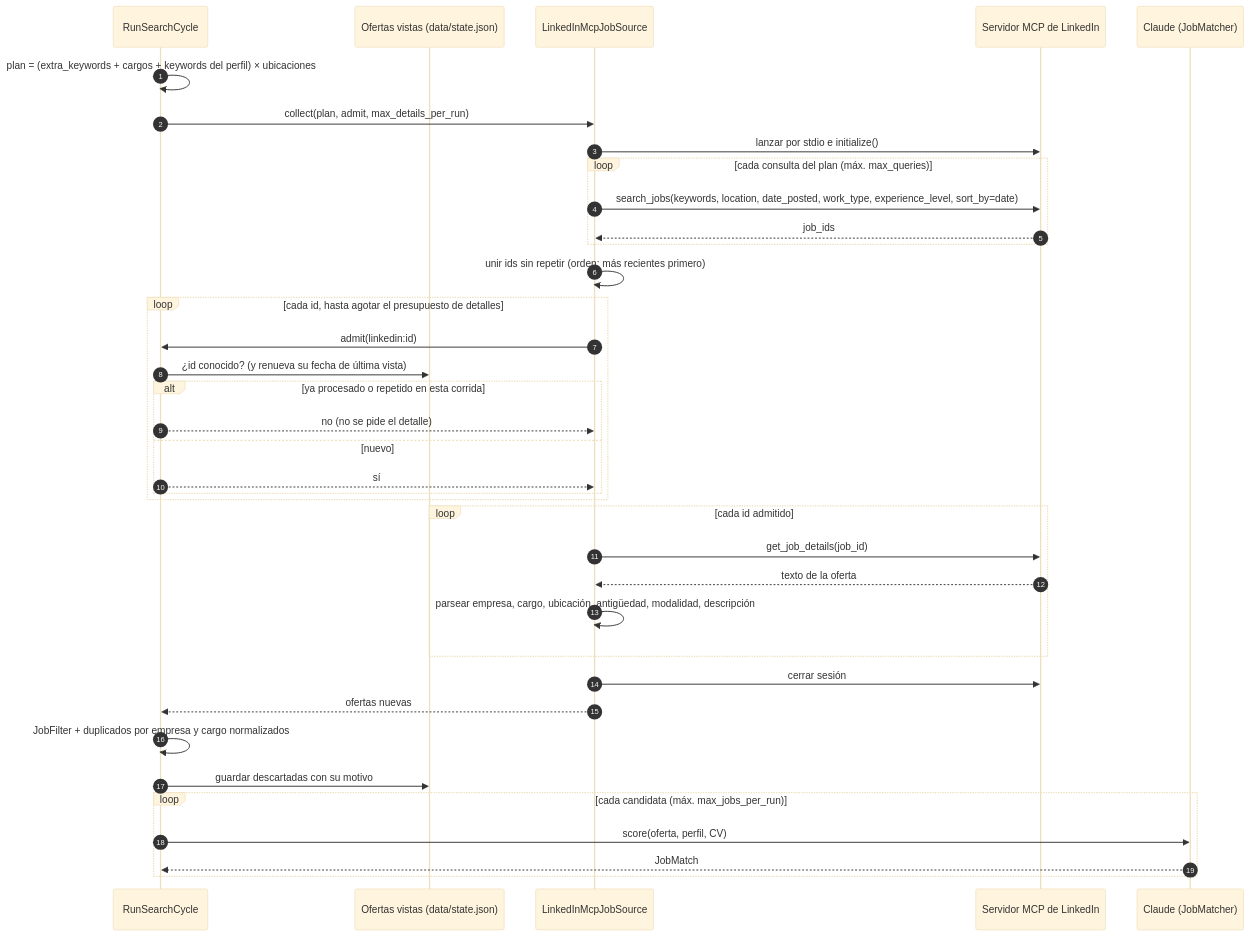
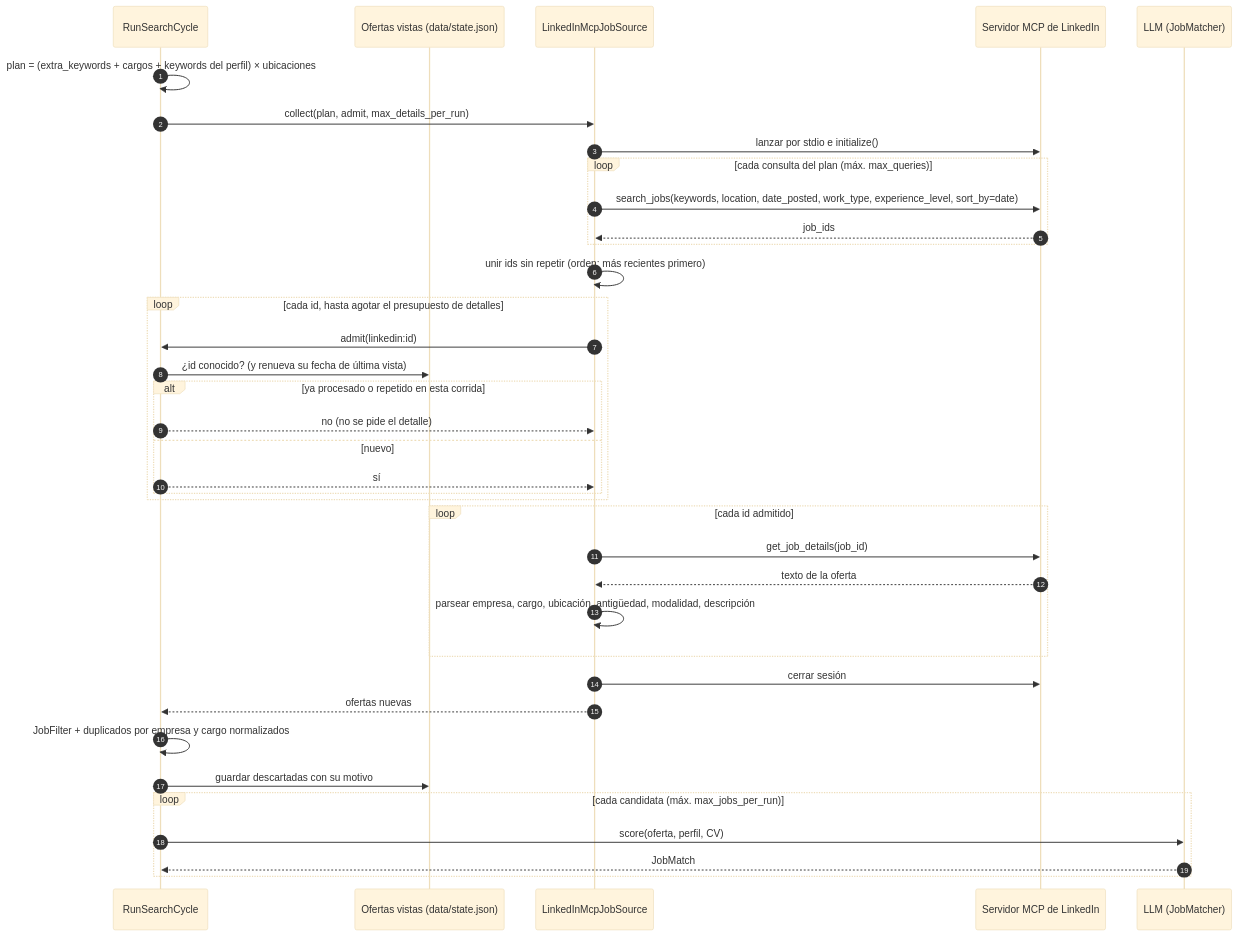
Before and after one commit to HugoTalledos/job-search: the third of 3 diagrams in docs/arquitectura.md, drawn with Mermaid (base theme). The commit also changed other lines of this file and 26 other files, not shown here.

````diff
--- a/docs/arquitectura.md
+++ b/docs/arquitectura.md
@@ -213,40 +216,40 @@
 ```mermaid
 sequenceDiagram
     autonumber
     participant RSC as RunSearchCycle
     participant Seen as Ofertas vistas (data/state.json)
     participant LI as LinkedInMcpJobSource
     participant MCP as Servidor MCP de LinkedIn
-    participant Claude as Claude (JobMatcher)
+    participant Claude as LLM (JobMatcher)
 
     RSC->>RSC: plan = (extra_keywords + cargos + keywords del perfil) × ubicaciones
     RSC->>LI: collect(plan, admit, max_details_per_run)
     LI->>MCP: lanzar por stdio e initialize()
     loop cada consulta del plan (máx. max_queries)
         LI->>MCP: search_jobs(keywords, location, date_posted, work_type, experience_level, sort_by=date)
         MCP-->>LI: job_ids
     end
     LI->>LI: unir ids sin repetir (orden: más recientes primero)
     loop cada id, hasta agotar el presupuesto de detalles
         LI->>RSC: admit(linkedin:id)
         RSC->>Seen: ¿id conocido? (y renueva su fecha de última vista)
         alt ya procesado o repetido en esta corrida
             RSC-->>LI: no (no se pide el detalle)
         else nuevo
             RSC-->>LI: sí
         end
     end
     loop cada id admitido
         LI->>MCP: get_job_details(job_id)
         MCP-->>LI: texto de la oferta
         LI->>LI: parsear empresa, cargo, ubicación, antigüedad, modalidad, descripción
     end
     LI->>MCP: cerrar sesión
     LI-->>RSC: ofertas nuevas
     RSC->>RSC: JobFilter + duplicados por empresa y cargo normalizados
     RSC->>Seen: guardar descartadas con su motivo
     loop cada candidata (máx. max_jobs_per_run)
         RSC->>Claude: score(oferta, perfil, CV)
         Claude-->>RSC: JobMatch
     end
 ```
````
